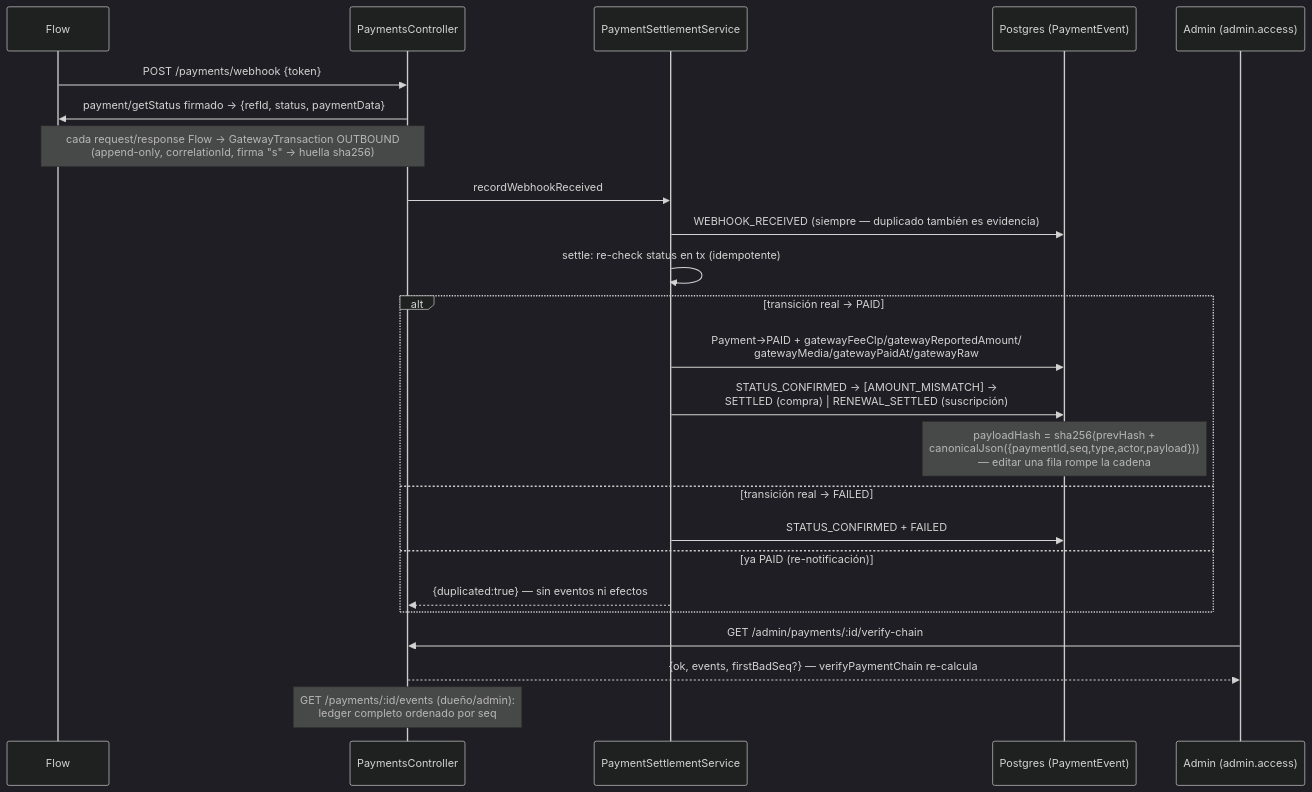
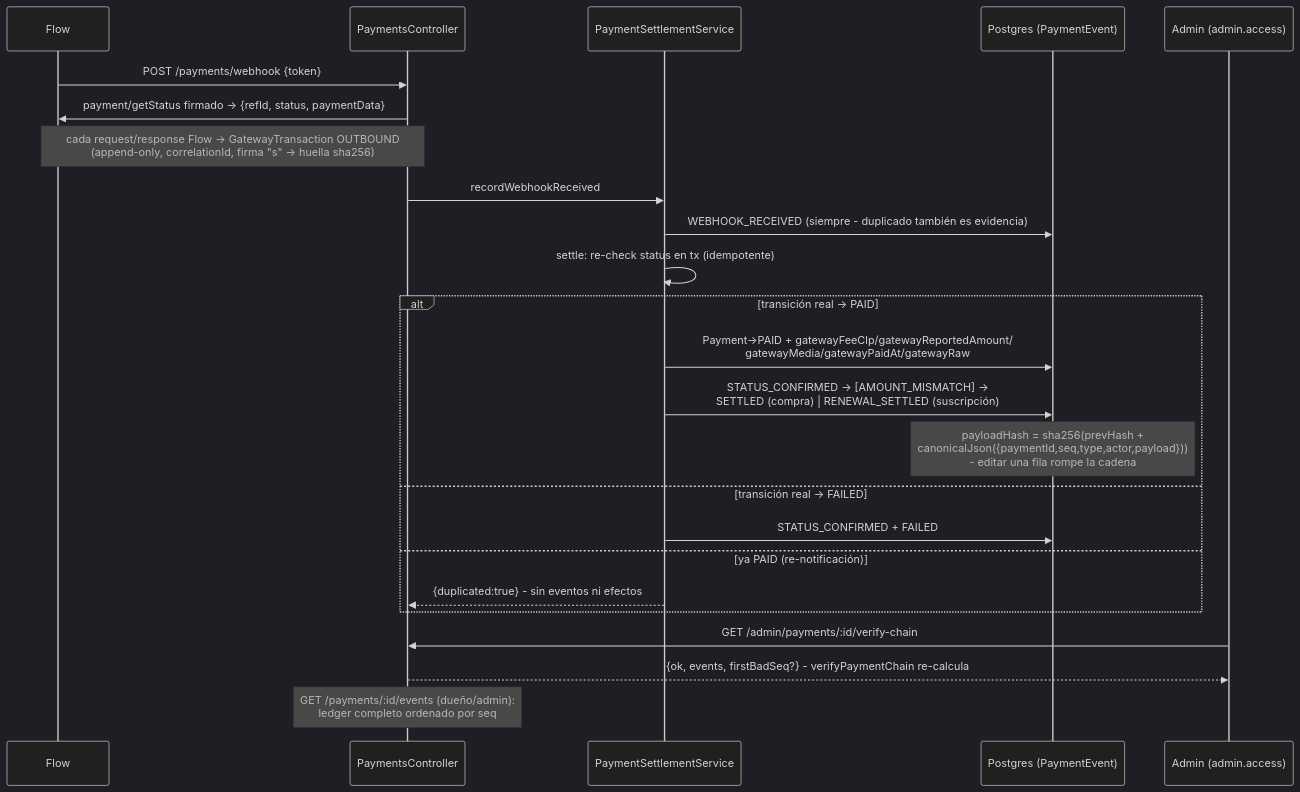
Before and after one commit to EduardoSalasG/omnidance: diagram 26 of 31 in docs/flows.md, drawn with Mermaid (dark theme). The commit also changed other lines of this file and 436 other files, not shown here.

````diff
--- a/docs/flows.md
+++ b/docs/flows.md
@@ -570,27 +570,27 @@
 ```mermaid
 sequenceDiagram
     participant GW as Flow
     participant WH as PaymentsController
     participant SET as PaymentSettlementService
     participant DB as Postgres (PaymentEvent)
     participant Ad as Admin (admin.access)
 
     GW->>WH: POST /payments/webhook {token}
     WH->>GW: payment/getStatus firmado → {refId, status, paymentData}
     Note over WH,GW: cada request/response Flow → GatewayTransaction OUTBOUND<br/>(append-only, correlationId, firma "s" → huella sha256)
     WH->>SET: recordWebhookReceived
-    SET->>DB: WEBHOOK_RECEIVED (siempre — duplicado también es evidencia)
+    SET->>DB: WEBHOOK_RECEIVED (siempre - duplicado también es evidencia)
     SET->>SET: settle: re-check status en tx (idempotente)
     alt transición real → PAID
         SET->>DB: Payment→PAID + gatewayFeeClp/gatewayReportedAmount/<br/>gatewayMedia/gatewayPaidAt/gatewayRaw
         SET->>DB: STATUS_CONFIRMED → [AMOUNT_MISMATCH] →<br/>SETTLED (compra) | RENEWAL_SETTLED (suscripción)
-        Note over DB: payloadHash = sha256(prevHash +<br/>canonicalJson({paymentId,seq,type,actor,payload}))<br/>— editar una fila rompe la cadena
+        Note over DB: payloadHash = sha256(prevHash +<br/>canonicalJson({paymentId,seq,type,actor,payload}))<br/>- editar una fila rompe la cadena
     else transición real → FAILED
         SET->>DB: STATUS_CONFIRMED + FAILED
     else ya PAID (re-notificación)
-        SET-->>WH: {duplicated:true} — sin eventos ni efectos
+        SET-->>WH: {duplicated:true} - sin eventos ni efectos
     end
     Ad->>WH: GET /admin/payments/:id/verify-chain
-    WH-->>Ad: {ok, events, firstBadSeq?} — verifyPaymentChain re-calcula
+    WH-->>Ad: {ok, events, firstBadSeq?} - verifyPaymentChain re-calcula
     Note over WH: GET /payments/:id/events (dueño/admin):<br/>ledger completo ordenado por seq
 ```
````
